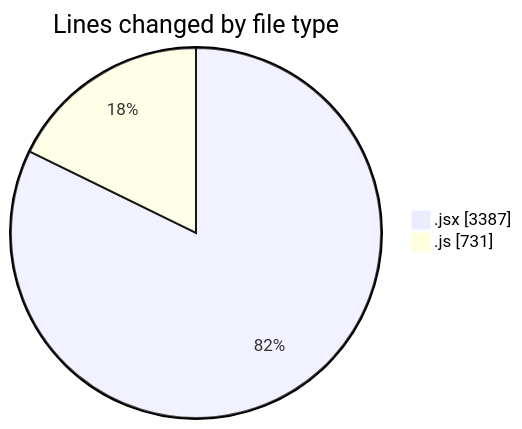
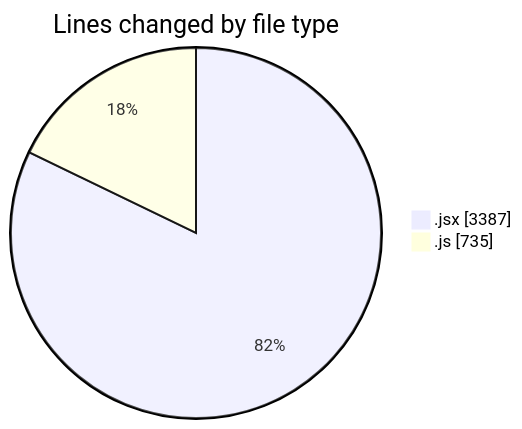
Before and after one commit to nxtqubesakshisongat/code-tracking: the first of 2 diagrams in 2025-07-21/nxtqube_webapp/README.md, drawn with Mermaid. The commit also changed other lines of this file and 1 other file, not shown here.

````diff
--- a/2025-07-21/nxtqube_webapp/README.md
+++ b/2025-07-21/nxtqube_webapp/README.md
@@ -26,6 +26,6 @@
 ```mermaid
 pie showData
 title Lines changed by file type
 ".jsx" : 3387
-".js" : 731
+".js" : 735
 ```
````
